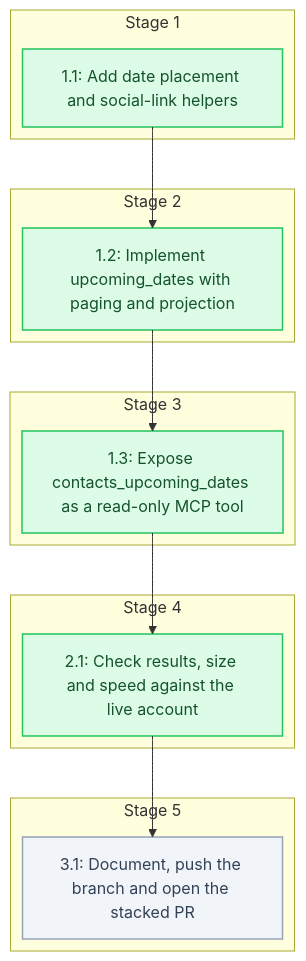
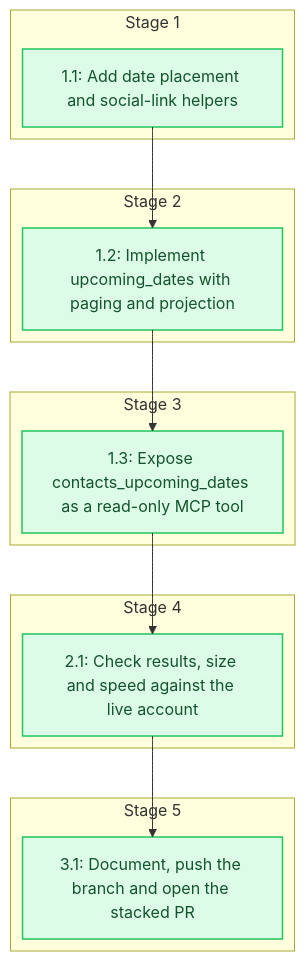
The diagram in .specs/contacts-upcoming-dates/04_tasks.md (sohampatwardhan/icloud-mcp), drawn with Mermaid before and after one commit. The commit also changed other lines of this file and 5 other files, not shown here.

````diff
--- a/.specs/contacts-upcoming-dates/04_tasks.md
+++ b/.specs/contacts-upcoming-dates/04_tasks.md
@@ -9,30 +9,29 @@
 ```mermaid
 %%{init: {'flowchart': {'defaultRenderer': 'elk'}}}%%
 flowchart TD
   classDef done fill:#dcfce7,stroke:#22c55e,stroke-width:1.5px,color:#14532d
-  classDef pending fill:#f1f5f9,stroke:#94a3b8,stroke-width:1.5px,color:#334155
   subgraph n_stage_1["Stage 1"]
     n_1_1@{ shape: rect, label: "1.1: Add date placement and social-link helpers" }
   end
   subgraph n_stage_2["Stage 2"]
     n_1_2@{ shape: rect, label: "1.2: Implement upcoming_dates with paging and projection" }
   end
   subgraph n_stage_3["Stage 3"]
     n_1_3@{ shape: rect, label: "1.3: Expose contacts_upcoming_dates as a read-only MCP tool" }
   end
   subgraph n_stage_4["Stage 4"]
     n_2_1@{ shape: rect, label: "2.1: Check results, size and speed against the live account" }
   end
   subgraph n_stage_5["Stage 5"]
     n_3_1@{ shape: rect, label: "3.1: Document, push the branch and open the stacked PR" }
   end
   n_1_1 --> n_1_2
   n_1_2 --> n_1_3
   n_1_3 --> n_2_1
   n_2_1 --> n_3_1
   class n_1_1 done
   class n_1_2 done
   class n_1_3 done
   class n_2_1 done
-  class n_3_1 pending
+  class n_3_1 done
 ```
````
